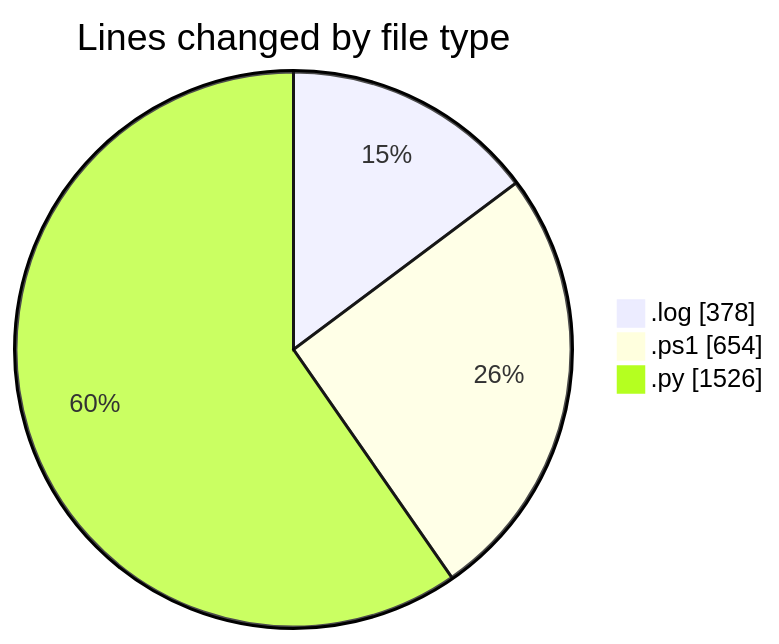
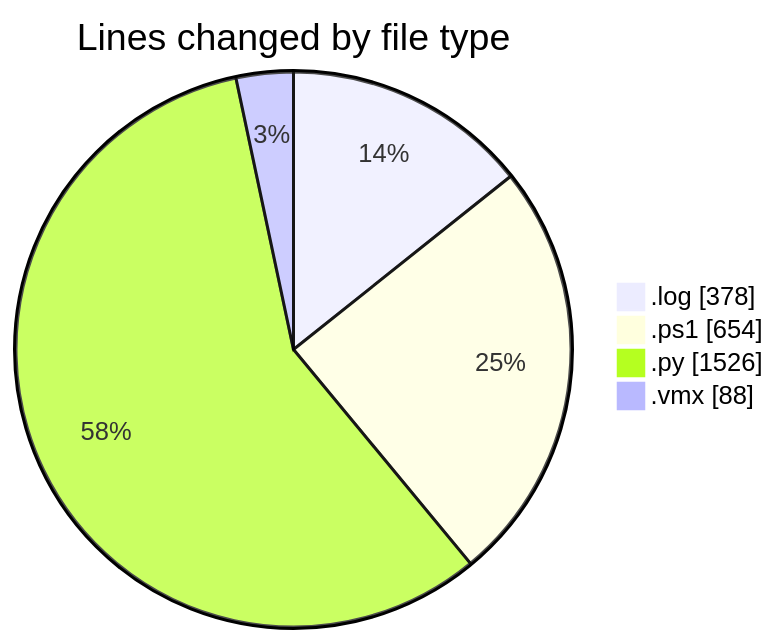
The first of 2 diagrams in 2026-07-08/twenty_versions_aminor/README.md (shibass792/code-tracking), drawn with Mermaid before and after one commit. The commit also changed other lines of this file and 1 other file, not shown here.

````diff
--- a/2026-07-08/twenty_versions_aminor/README.md
+++ b/2026-07-08/twenty_versions_aminor/README.md
@@ -24,7 +25,8 @@
 ```mermaid
 pie showData
 title Lines changed by file type
 ".log" : 378
 ".ps1" : 654
 ".py" : 1526
+".vmx" : 88
 ```
````
